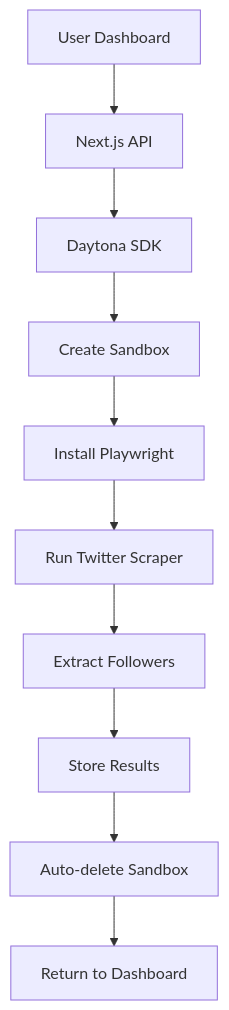
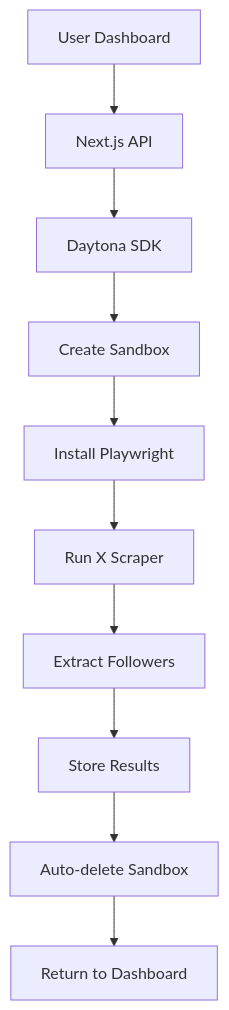
The diagram in README.md (JoeProAI/Followlytics), drawn with Mermaid before and after one commit. The commit also changed other lines of this file and 6 other files, not shown here.

````diff
--- a/README.md
+++ b/README.md
@@ -27,12 +27,12 @@
 ```mermaid
 graph TD
     A[User Dashboard] --> B[Next.js API]
     B --> C[Daytona SDK]
     C --> D[Create Sandbox]
     D --> E[Install Playwright]
-    E --> F[Run Twitter Scraper]
+    E --> F[Run X Scraper]
     F --> G[Extract Followers]
     G --> H[Store Results]
     H --> I[Auto-delete Sandbox]
     I --> J[Return to Dashboard]
 ```
````
